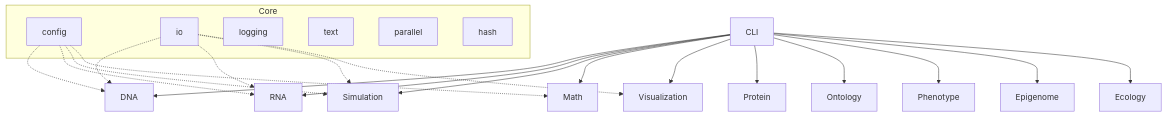
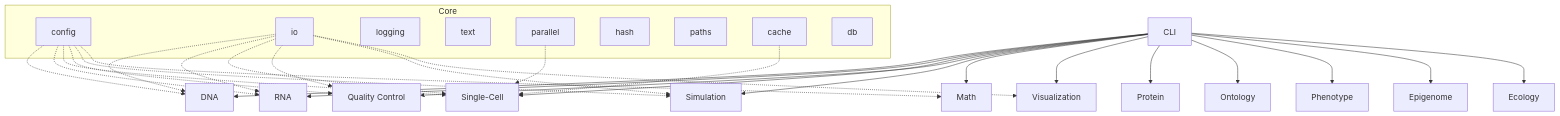
One commit to docxology/MetaInformAnt changed the diagram in docs/index.md. Above: the diagram before and after it, drawn with Mermaid. The commit also changed other lines of this file and 11 other files, not shown here.

````diff
--- a/docs/index.md
+++ b/docs/index.md
@@ -52,29 +65,40 @@
 ```mermaid
 graph TD
   A[CLI] --> B[DNA]
   A --> C[RNA]
+  A --> SC[Single-Cell]
+  A --> QC[Quality Control]
   A --> D[Simulation]
   A --> E[Math]
   A --> F[Visualization]
   A --> G[Protein]
   A --> H[Ontology]
   A --> I[Phenotype]
   A --> J[Epigenome]
   A --> K[Ecology]
   subgraph Core
     L[config]
     M[io]
     N[logging]
     O[text]
     P[parallel]
     Q[hash]
+    R[paths]
+    S[cache]
+    T[db]
   end
   L -.-> B
   M -.-> B
   L -.-> C
   M -.-> C
+  L -.-> SC
+  M -.-> SC
+  L -.-> QC
+  M -.-> QC
   L -.-> D
   M -.-> D
   L -.-> E
   M -.-> F
+  P -.-> SC
+  S -.-> SC
 ```
````
